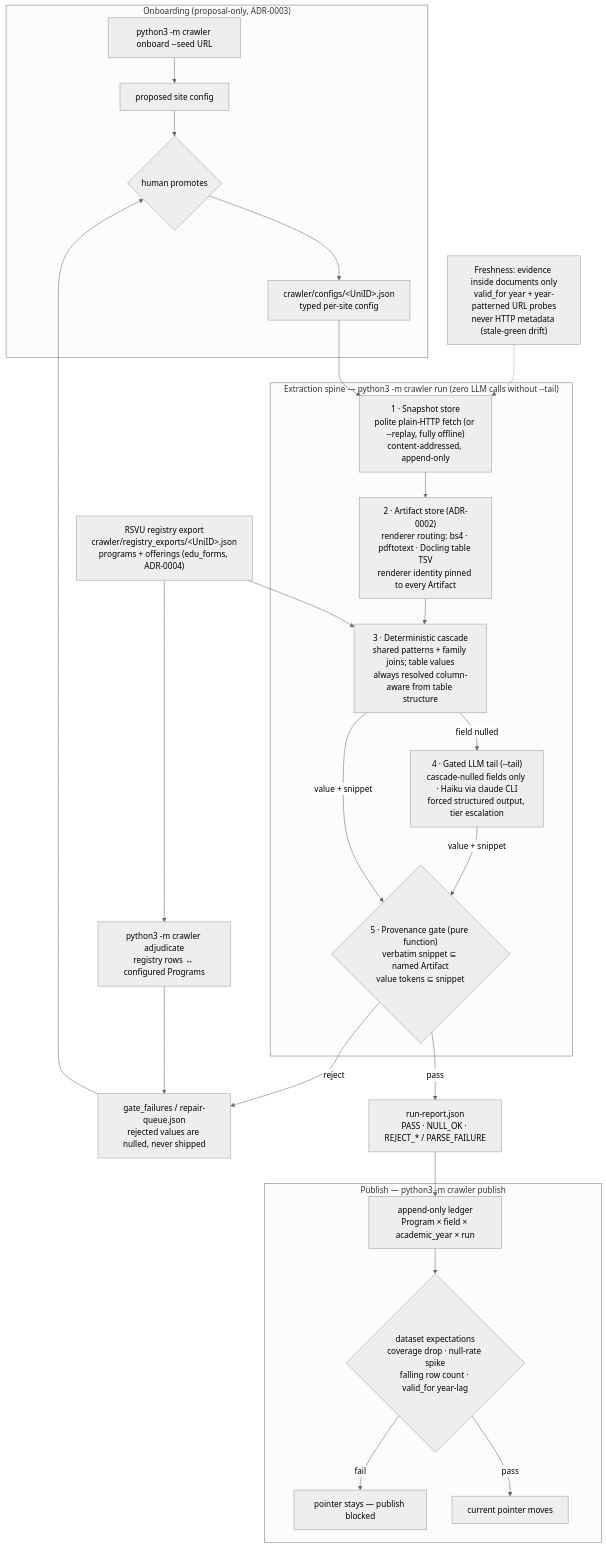
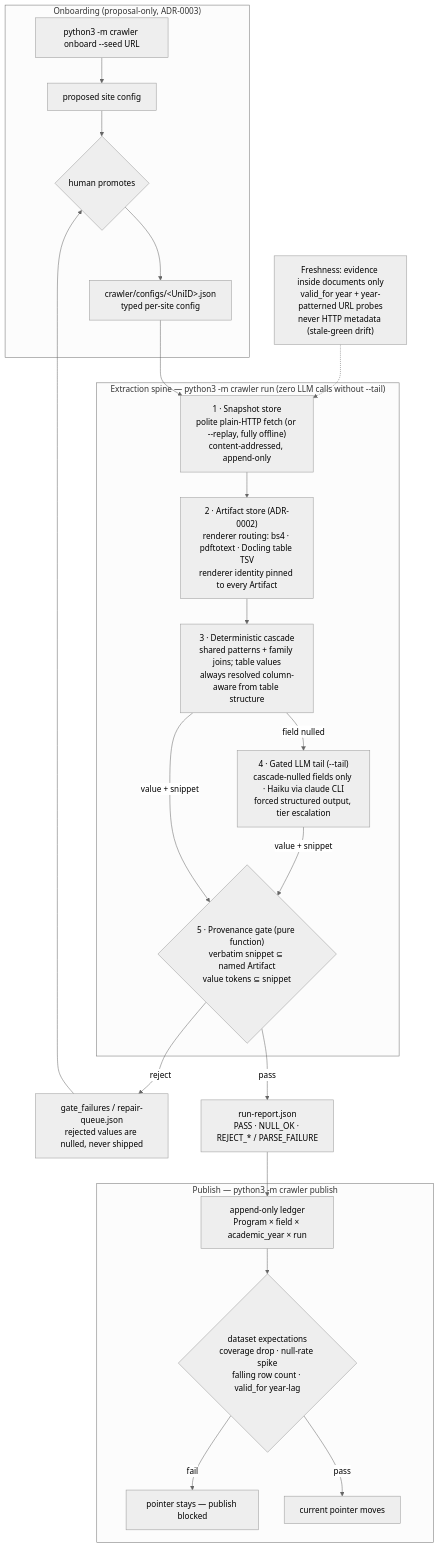
The diagram in README.md (PandishPanda/RFC_C_Hybrid_Crawler), drawn with Mermaid (neutral theme) before and after one commit. The commit also changed other lines of this file and 43 other files, not shown here.

First line of the commit message:
ADR-0006: drop the RSVU registry entirely

````diff
--- a/README.md
+++ b/README.md
@@ -20,49 +20,45 @@
 ```mermaid
 flowchart TB
     subgraph onboard["Onboarding (proposal-only, ADR-0003)"]
         seed["python3 -m crawler onboard --seed URL"] --> proposal["proposed site config"]
         proposal --> human{"human promotes"}
         human --> config["crawler/configs/&lt;UniID&gt;.json<br/>typed per-site config"]
     end
 
-    registry["RSVU registry export<br/>crawler/registry_exports/&lt;UniID&gt;.json<br/>programs + offerings (edu_forms, ADR-0004)"]
 
     subgraph run["Extraction spine — python3 -m crawler run (zero LLM calls without --tail)"]
         fetch["1 · Snapshot store<br/>polite plain-HTTP fetch (or --replay, fully offline)<br/>content-addressed, append-only"]
         renderStep["2 · Artifact store (ADR-0002)<br/>renderer routing: bs4 · pdftotext · Docling table TSV<br/>renderer identity pinned to every Artifact"]
         cascadeStep["3 · Deterministic cascade<br/>shared patterns + family joins; table values<br/>always resolved column-aware from table structure"]
         tail["4 · Gated LLM tail (--tail)<br/>cascade-nulled fields only · Haiku via claude CLI<br/>forced structured output, tier escalation"]
         gateStep{"5 · Provenance gate (pure function)<br/>verbatim snippet ⊆ named Artifact<br/>value tokens ⊆ snippet"}
         fetch --> renderStep --> cascadeStep
         cascadeStep -- "field nulled" --> tail
         cascadeStep -- "value + snippet" --> gateStep
         tail -- "value + snippet" --> gateStep
     end
 
     config --> fetch
-    registry --> cascadeStep
 
     report["run-report.json<br/>PASS · NULL_OK · REJECT_* / PARSE_FAILURE"]
     repair["gate_failures / repair-queue.json<br/>rejected values are nulled, never shipped"]
     gateStep -- pass --> report
     gateStep -- reject --> repair
 
     subgraph publishG["Publish — python3 -m crawler publish"]
         ledgerStep["append-only ledger<br/>Program × field × academic_year × run"]
         expect{"dataset expectations<br/>coverage drop · null-rate spike<br/>falling row count · valid_for year-lag"}
         pointer["current pointer moves"]
         blocked["pointer stays — publish blocked"]
         ledgerStep --> expect
         expect -- pass --> pointer
         expect -- fail --> blocked
     end
 
     report --> ledgerStep
 
-    adjudicate["python3 -m crawler adjudicate<br/>registry rows ↔ configured Programs"]
-    registry --> adjudicate --> repair
     repair --> human
 
     staleness["Freshness: evidence inside documents only<br/>valid_for year + year-patterned URL probes<br/>never HTTP metadata (stale-green drift)"]
     staleness -.-> fetch
 ```
````
